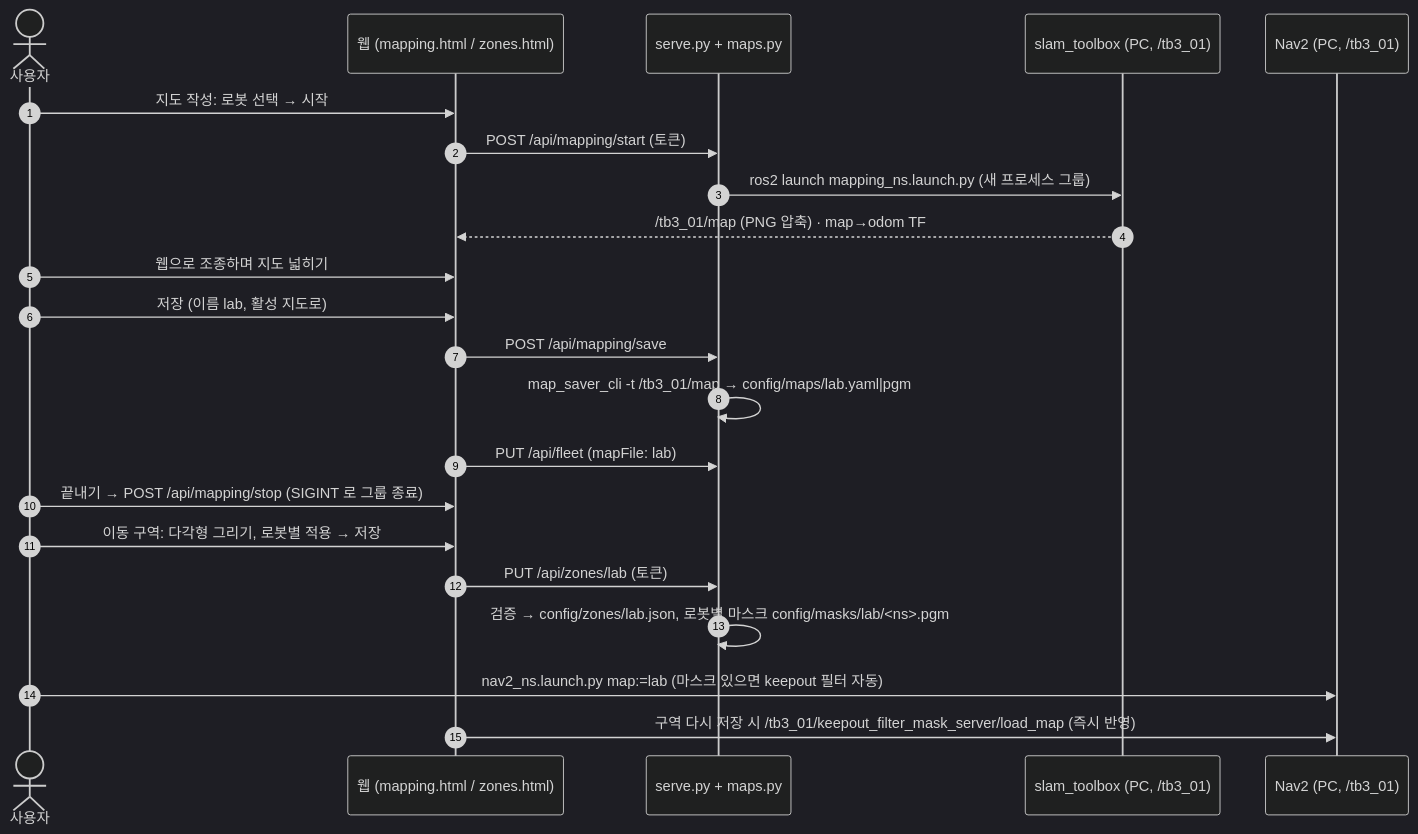
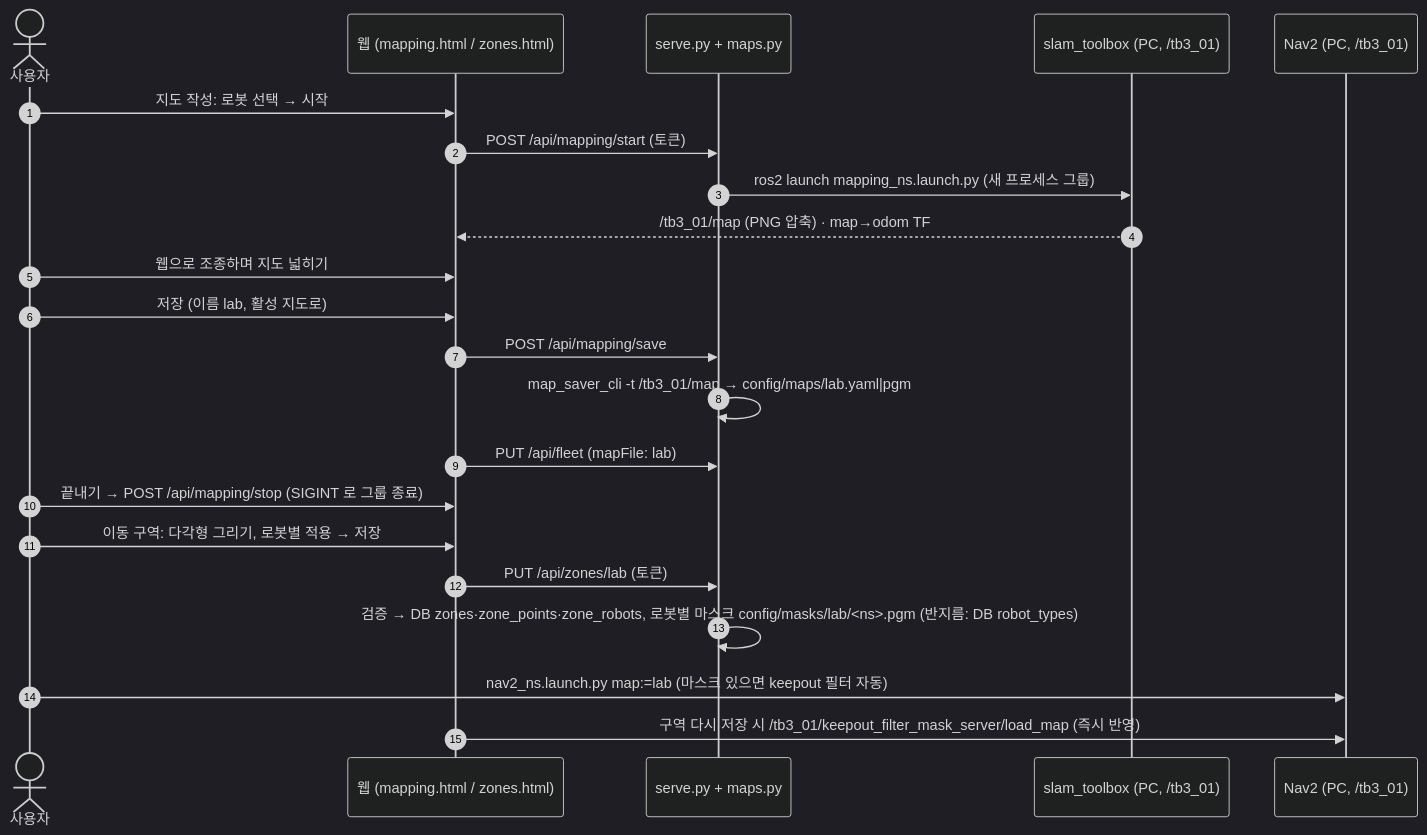
One commit to ryankim8815/ros2-fleet-console changed diagram 15 of 19 in docs/architecture.md. Above: the diagram before and after it, drawn with Mermaid (dark theme). The commit also changed other lines of this file and 28 other files, not shown here.

````diff
--- a/docs/architecture.md
+++ b/docs/architecture.md
@@ -495,25 +494,25 @@
 ```mermaid
 sequenceDiagram
     autonumber
     actor U as 사용자
     participant W as 웹 (mapping.html / zones.html)
     participant S as serve.py + maps.py
     participant L as slam_toolbox (PC, /tb3_01)
     participant N as Nav2 (PC, /tb3_01)
 
     U->>W: 지도 작성: 로봇 선택 → 시작
     W->>S: POST /api/mapping/start (토큰)
     S->>L: ros2 launch mapping_ns.launch.py (새 프로세스 그룹)
     L-->>W: /tb3_01/map (PNG 압축) · map→odom TF
     U->>W: 웹으로 조종하며 지도 넓히기
     U->>W: 저장 (이름 lab, 활성 지도로)
     W->>S: POST /api/mapping/save
     S->>S: map_saver_cli -t /tb3_01/map → config/maps/lab.yaml|pgm
     W->>S: PUT /api/fleet (mapFile: lab)
     U->>W: 끝내기 → POST /api/mapping/stop (SIGINT 로 그룹 종료)
     U->>W: 이동 구역: 다각형 그리기, 로봇별 적용 → 저장
     W->>S: PUT /api/zones/lab (토큰)
-    S->>S: 검증 → config/zones/lab.json, 로봇별 마스크 config/masks/lab/<ns>.pgm
+    S->>S: 검증 → DB zones·zone_points·zone_robots, 로봇별 마스크 config/masks/lab/<ns>.pgm (반지름: DB robot_types)
     U->>N: nav2_ns.launch.py map:=lab (마스크 있으면 keepout 필터 자동)
     W->>N: 구역 다시 저장 시 /tb3_01/keepout_filter_mask_server/load_map (즉시 반영)
 ```
````
